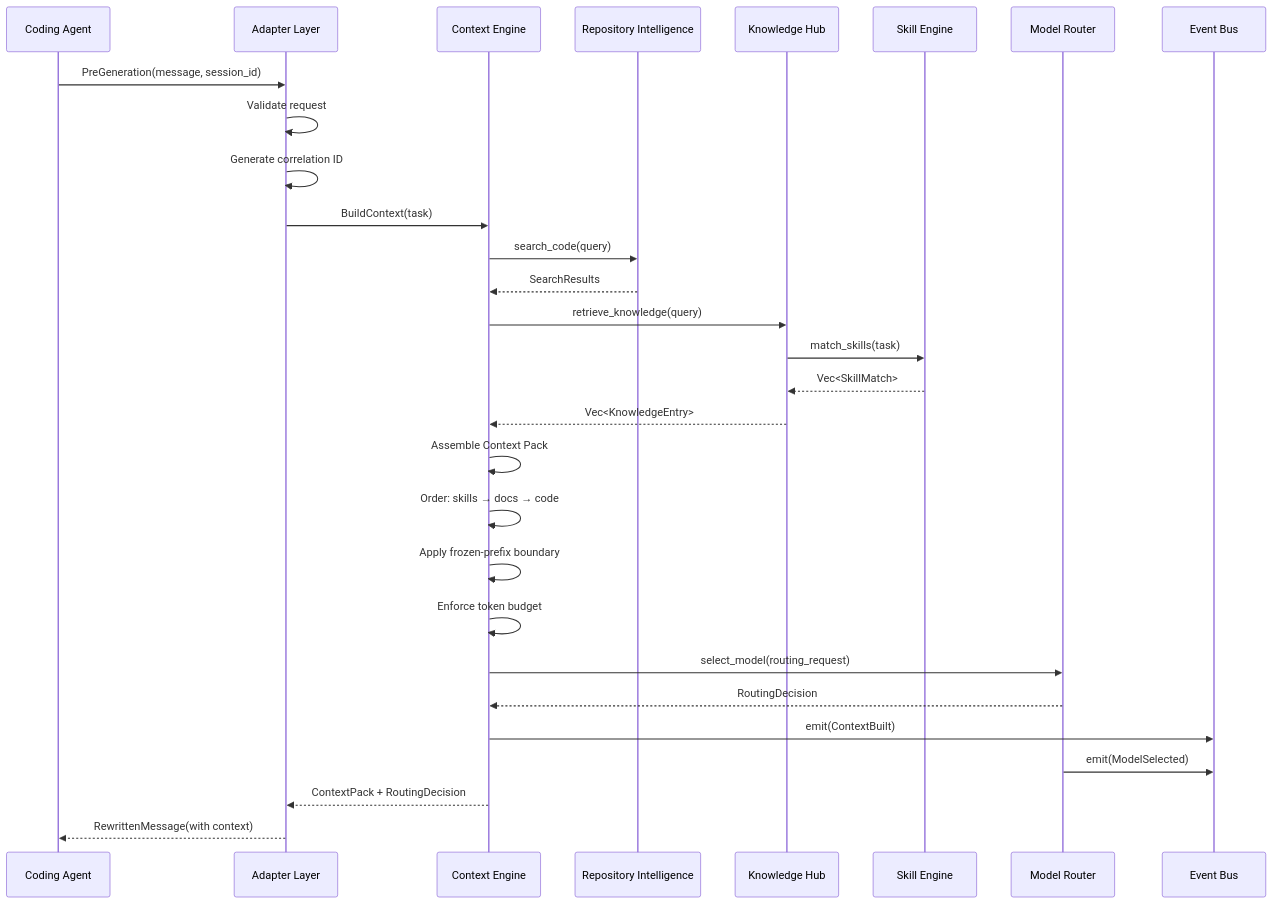
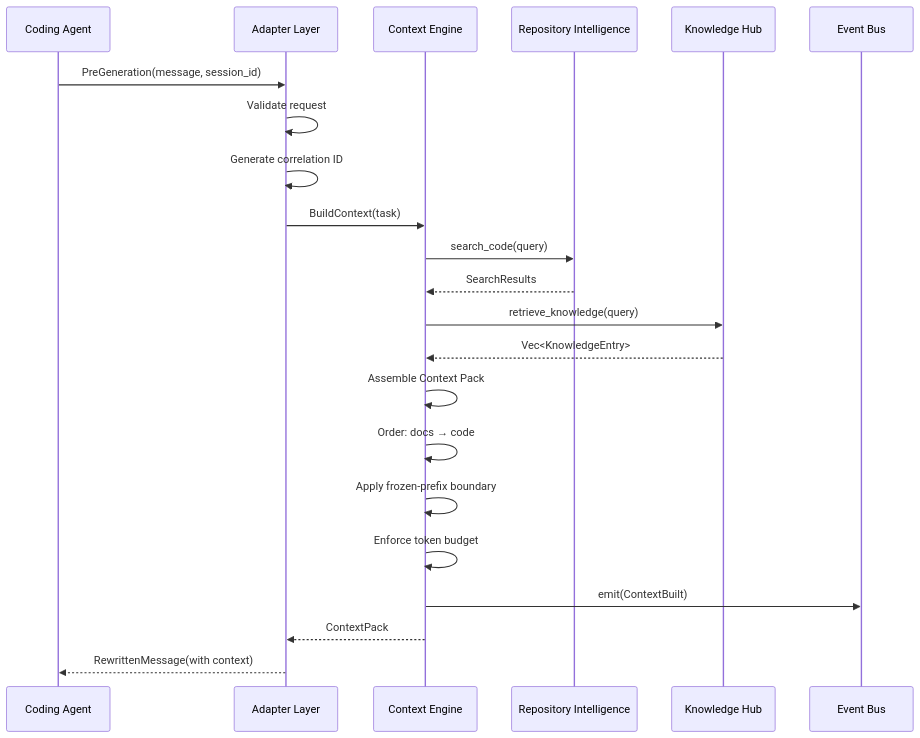
Before and after one commit to leonortega/coderun: the first of 2 diagrams in docs/01-architecture/RUNTIME.md, drawn with Mermaid. The commit also changed other lines of this file and 260 other files, not shown here.

First line of the commit message:
feat: Add AI Runtime V1 Specification and update roadmap

````diff
--- a/docs/01-architecture/RUNTIME.md
+++ b/docs/01-architecture/RUNTIME.md
@@ -317,39 +357,31 @@
 ```mermaid
 sequenceDiagram
     participant Agent as Coding Agent
     participant AD as Adapter Layer
     participant CE as Context Engine
     participant RI as Repository Intelligence
     participant KH as Knowledge Hub
-    participant SE as Skill Engine
-    participant MR as Model Router
     participant EB as Event Bus
 
     Agent->>AD: PreGeneration(message, session_id)
     AD->>AD: Validate request
     AD->>AD: Generate correlation ID
 
     AD->>CE: BuildContext(task)
 
     CE->>RI: search_code(query)
     RI-->>CE: SearchResults
 
     CE->>KH: retrieve_knowledge(query)
-    KH->>SE: match_skills(task)
-    SE-->>KH: Vec<SkillMatch>
     KH-->>CE: Vec<KnowledgeEntry>
 
     CE->>CE: Assemble Context Pack
-    CE->>CE: Order: skills → docs → code
+    CE->>CE: Order: docs → code
     CE->>CE: Apply frozen-prefix boundary
     CE->>CE: Enforce token budget
 
-    CE->>MR: select_model(routing_request)
-    MR-->>CE: RoutingDecision
+    CE->>EB: emit(ContextBuilt)
 
-    CE->>EB: emit(ContextBuilt)
-    MR->>EB: emit(ModelSelected)
-
-    CE-->>AD: ContextPack + RoutingDecision
+    CE-->>AD: ContextPack
     AD-->>Agent: RewrittenMessage(with context)
 ```
````
